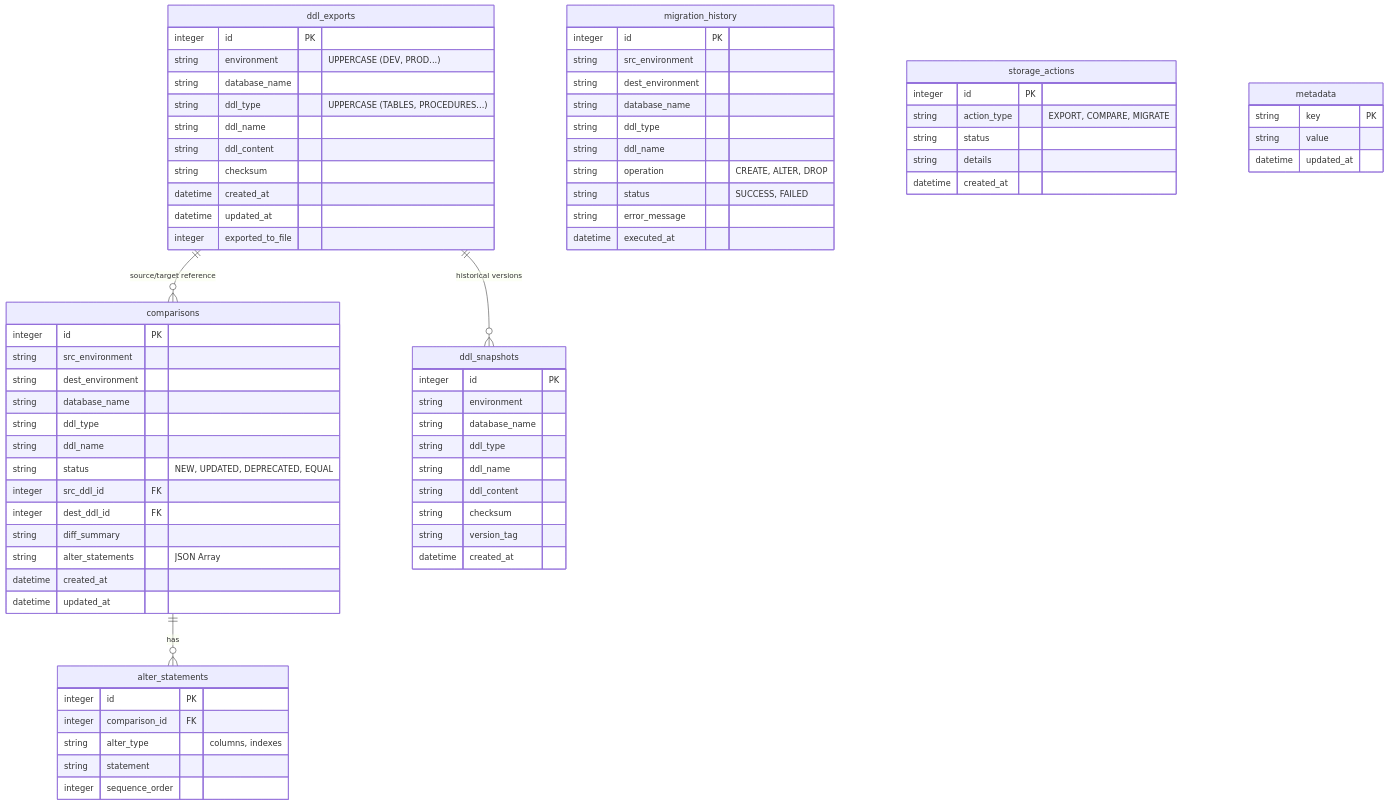
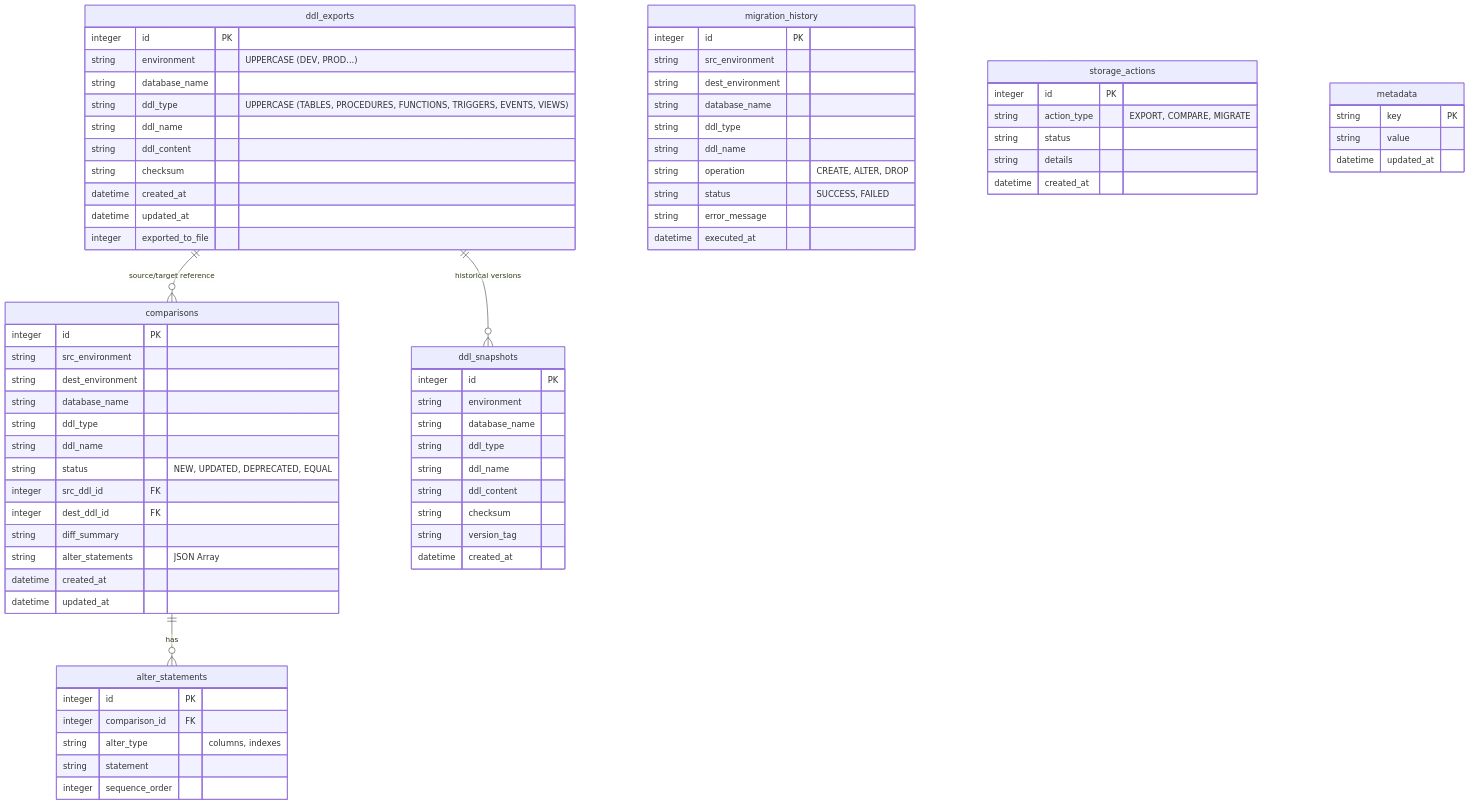
Before and after one commit to ph4n4n/andb-core: the diagram in docs/architecture/db_structure.md, drawn with Mermaid. The commit also changed 14 other files, not shown here.

````diff
--- a/docs/architecture/db_structure.md
+++ b/docs/architecture/db_structure.md
@@ -5,82 +5,82 @@
 ```mermaid
 erDiagram
     ddl_exports ||--o{ comparisons : "source/target reference"
     comparisons ||--o{ alter_statements : "has"
     ddl_exports ||--o{ ddl_snapshots : "historical versions"
 
     ddl_exports {
         integer id PK
         string environment "UPPERCASE (DEV, PROD...)"
         string database_name
-        string ddl_type "UPPERCASE (TABLES, PROCEDURES...)"
+        string ddl_type "UPPERCASE (TABLES, PROCEDURES, FUNCTIONS, TRIGGERS, EVENTS, VIEWS)"
         string ddl_name
         string ddl_content
         string checksum
         datetime created_at
         datetime updated_at
         integer exported_to_file
     }
 
     comparisons {
         integer id PK
         string src_environment
         string dest_environment
         string database_name
         string ddl_type
         string ddl_name
         string status "NEW, UPDATED, DEPRECATED, EQUAL"
         integer src_ddl_id FK
         integer dest_ddl_id FK
         string diff_summary
         string alter_statements "JSON Array"
         datetime created_at
         datetime updated_at
     }
 
     alter_statements {
         integer id PK
         integer comparison_id FK
         string alter_type "columns, indexes"
         string statement
         integer sequence_order
     }
 
     ddl_snapshots {
         integer id PK
         string environment
         string database_name
         string ddl_type
         string ddl_name
         string ddl_content
         string checksum
         string version_tag
         datetime created_at
     }
 
     migration_history {
         integer id PK
         string src_environment
         string dest_environment
         string database_name
         string ddl_type
         string ddl_name
         string operation "CREATE, ALTER, DROP"
         string status "SUCCESS, FAILED"
         string error_message
         datetime executed_at
     }
 
     storage_actions {
         integer id PK
         string action_type "EXPORT, COMPARE, MIGRATE"
         string status
         string details
         datetime created_at
     }
 
     metadata {
         string key PK
         string value
         datetime updated_at
     }
 ```
````
